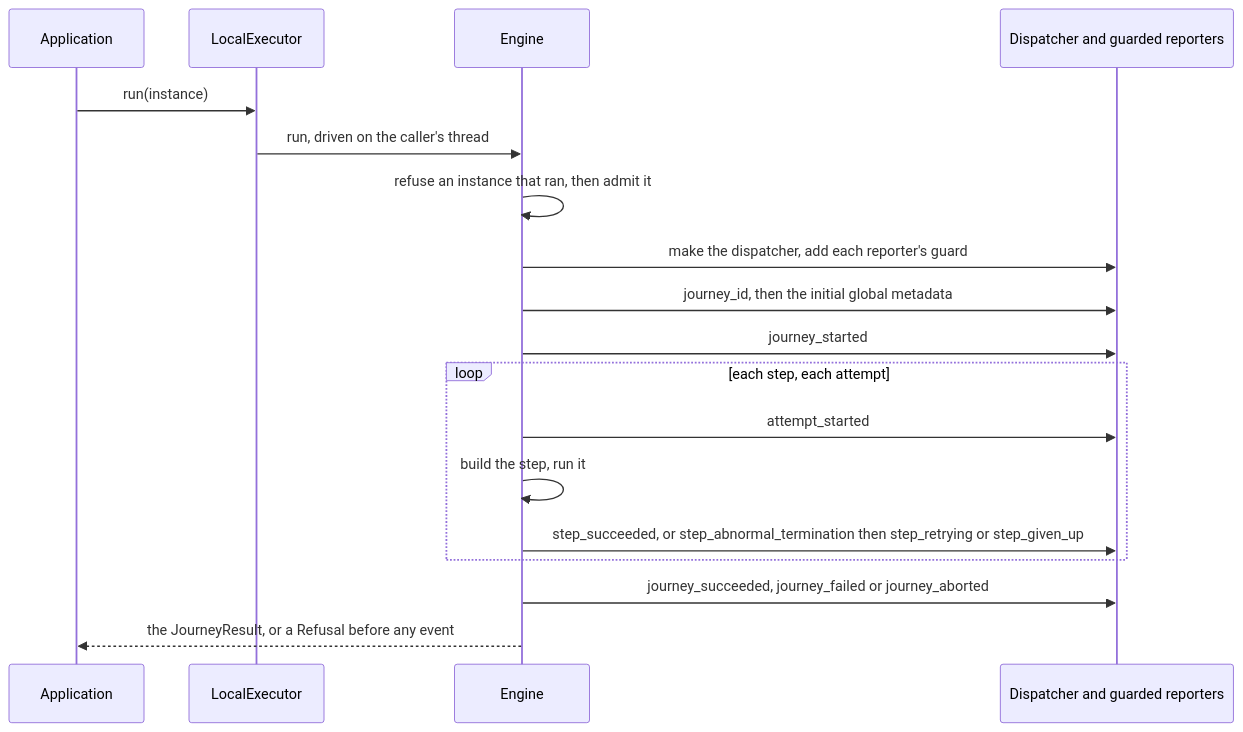
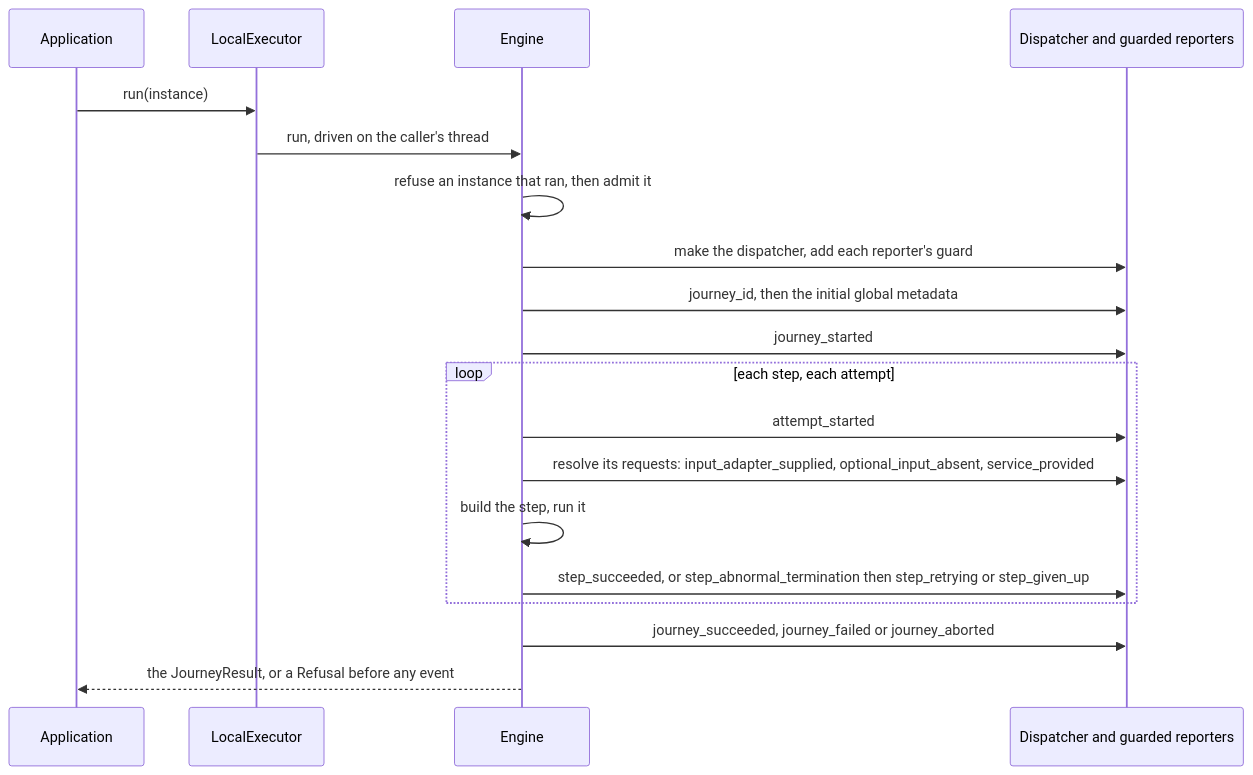
Before and after one commit to itinera-dev/itinera-j: the third of 4 diagrams in docs/architecture.md, drawn with Mermaid. The commit also changed other lines of this file and 99 other files, not shown here.

````diff
--- a/docs/architecture.md
+++ b/docs/architecture.md
@@ -79,22 +79,23 @@
 ```mermaid
 sequenceDiagram
     accTitle: How LocalExecutor runs one journey
-    accDescr: The application calls run with an instance. The executor refuses a call while it runs a journey and an instance that ran, then checks the instance for every violation, then makes the dispatcher and adds a guard for each reporter, then sets journey_id and the initial global metadata. Then the engine emits journey_started, and for each step attempts it: attempt_started, then the step is built and run; a success emits step_succeeded, an abnormal termination emits step_abnormal_termination, then step_retrying and another attempt, or step_given_up and journey_failed. Once every step succeeded, it emits journey_succeeded. An abort emits journey_aborted. The executor returns the result.
+    accDescr: The application calls run with an instance. The executor refuses a call while it runs a journey and an instance that ran, then checks the instance for every violation, then makes the dispatcher and adds a guard for each reporter, then sets journey_id and the initial global metadata. Then the engine emits journey_started, and for each step attempts it: attempt_started, then what the step requests is resolved, its inputs first, through its input adapter, which emits input_adapter_supplied, or from the data bag, which emits optional_input_absent for an optional input with no value, then its services, whose providers emit service_provided, then the step is built and run; a success emits step_succeeded, an abnormal termination emits step_abnormal_termination, then step_retrying and another attempt, or step_given_up and journey_failed. Once every step succeeded, it emits journey_succeeded. An abort emits journey_aborted. The executor returns the result.
     participant App as Application
     participant Exec as LocalExecutor
     participant Eng as Engine
     participant Disp as Dispatcher and guarded reporters
     App->>Exec: run(instance)
     Exec->>Eng: run, driven on the caller's thread
     Eng->>Eng: refuse an instance that ran, then admit it
     Eng->>Disp: make the dispatcher, add each reporter's guard
     Eng->>Disp: journey_id, then the initial global metadata
     Eng->>Disp: journey_started
     loop each step, each attempt
         Eng->>Disp: attempt_started
+        Eng->>Disp: resolve its requests: input_adapter_supplied, optional_input_absent, service_provided
         Eng->>Eng: build the step, run it
         Eng->>Disp: step_succeeded, or step_abnormal_termination then step_retrying or step_given_up
     end
     Eng->>Disp: journey_succeeded, journey_failed or journey_aborted
     Eng-->>App: the JourneyResult, or a Refusal before any event
 ```
````
